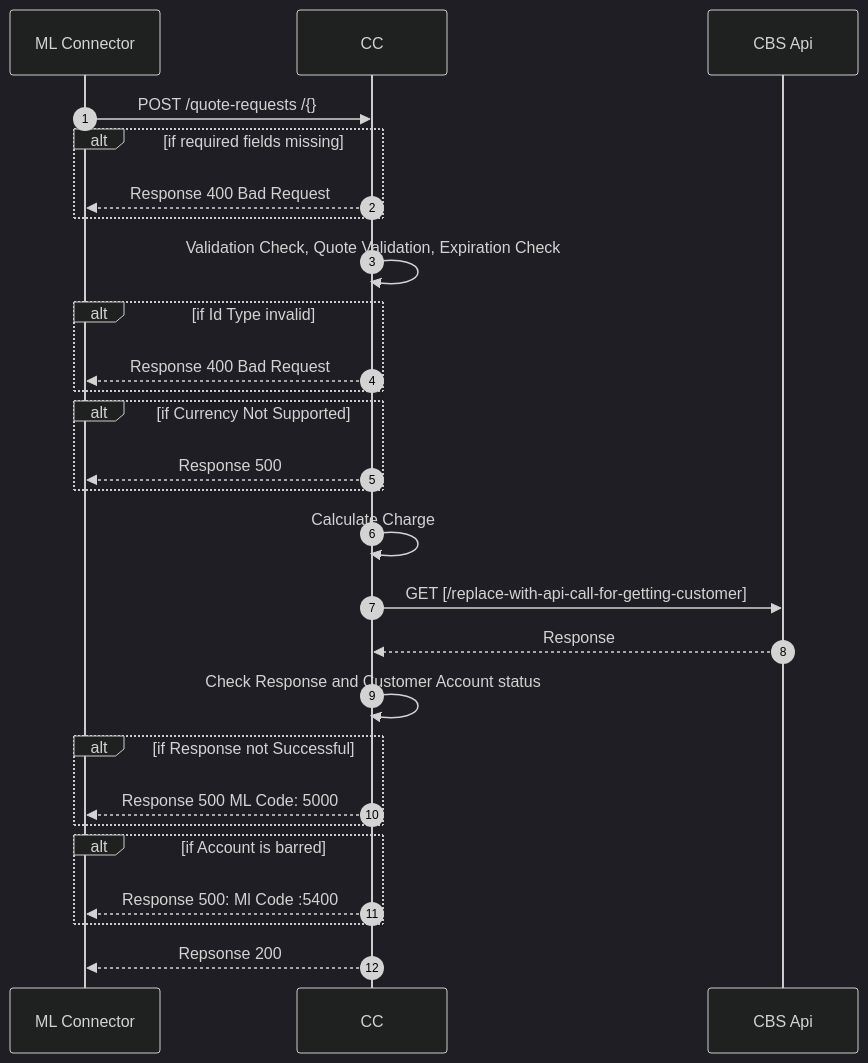
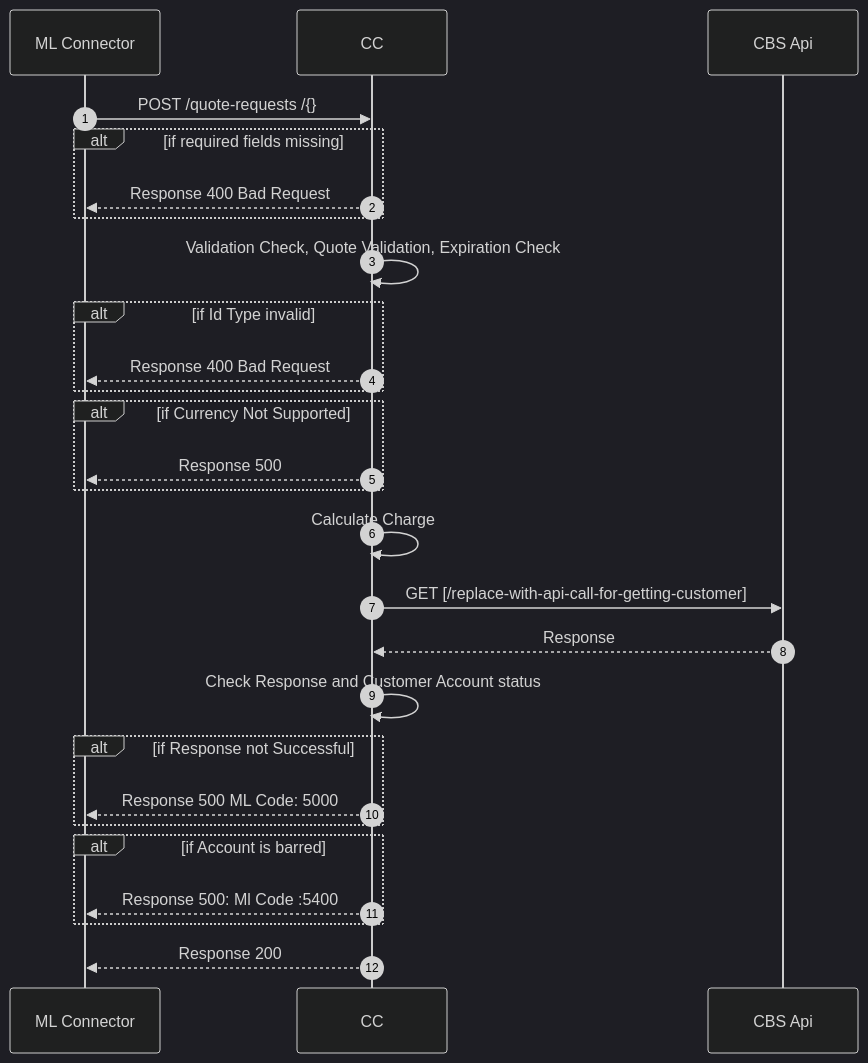
One commit to mojaloop/ml-reference-connectors changed the diagram in packages/core-connector-lib/docs/payee/payee-quoterequests.md. Above: the diagram before and after it, drawn with Mermaid (dark theme).

````diff
--- a/packages/core-connector-lib/docs/payee/payee-quoterequests.md
+++ b/packages/core-connector-lib/docs/payee/payee-quoterequests.md
@@ -4,26 +4,26 @@
 ```mermaid
    sequenceDiagram
 autoNumber
 ML Connector ->> CC: POST /quote-requests /{}
 Alt if required fields missing
 CC-->>ML Connector: Response 400 Bad Request
 End
 CC->> CC:Validation Check, Quote Validation, Expiration Check
 Alt if Id Type invalid
 CC-->>ML Connector: Response 400 Bad Request
 End
 Alt if Currency Not Supported
 CC-->>ML Connector: Response 500
 End
 CC->>CC:Calculate Charge
 CC->> CBS Api:GET [/replace-with-api-call-for-getting-customer] 
 CBS Api -->> CC:Response
 CC->>CC: Check Response and Customer Account status 
 Alt if Response not Successful
 CC-->>ML Connector: Response 500 ML Code: 5000
 End
 Alt if Account is barred
 CC-->>ML Connector:Response 500: Ml Code :5400
 End
-CC-->>ML Connector: Repsonse 200
+CC-->>ML Connector: Response 200
 ```
````
